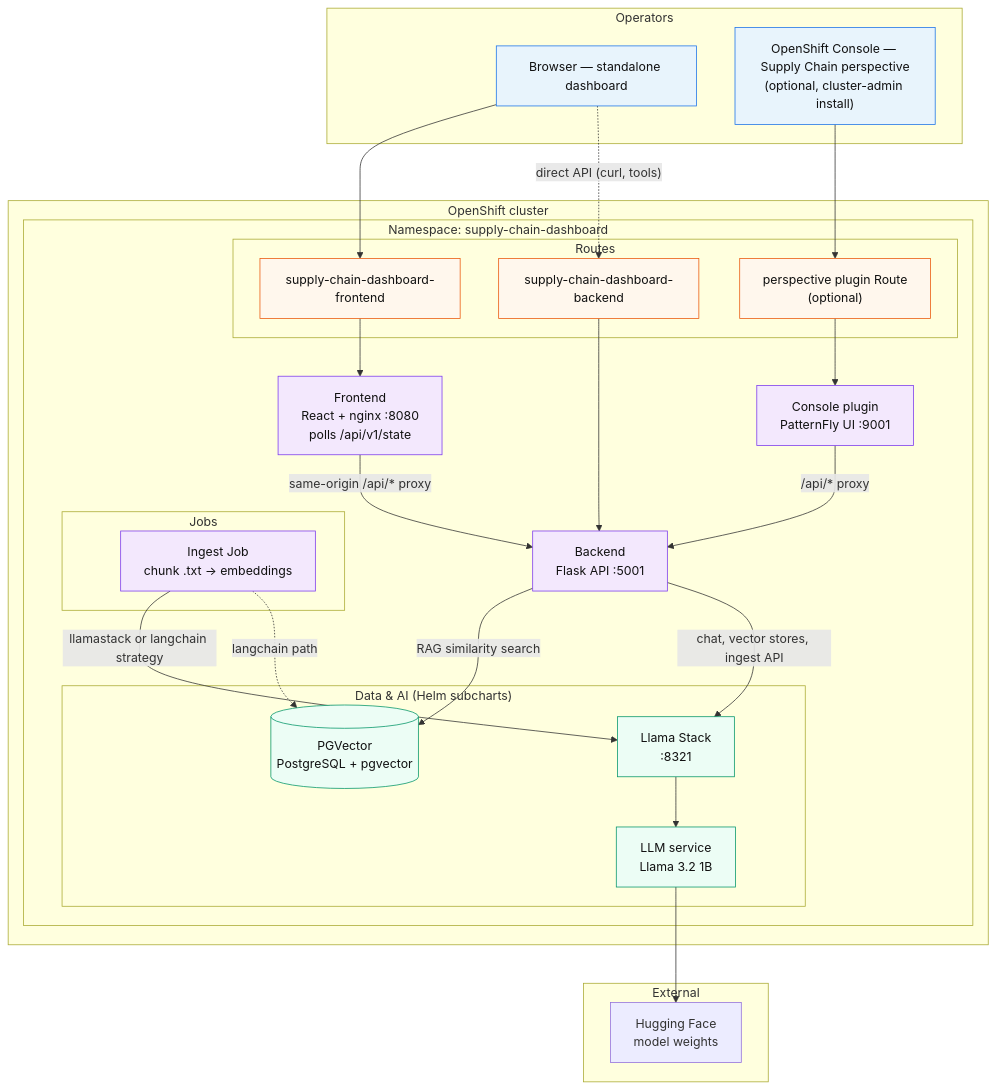
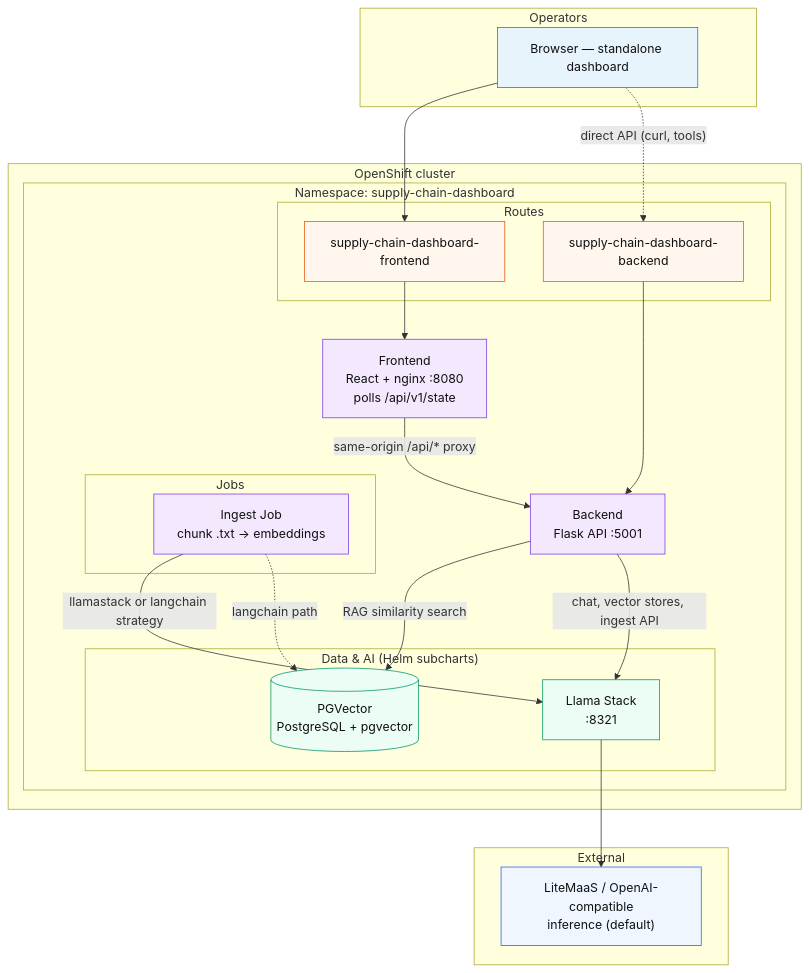
One commit to mhdawson/ai-supply-chain-agent changed the first of 2 diagrams in README.md. Above: the diagram before and after it, drawn with Mermaid. The commit also changed other lines of this file and 328 other files, not shown here.

````diff
--- a/README.md
+++ b/README.md
@@ -34,59 +32,54 @@
 ```mermaid
 flowchart TB
   subgraph users["Operators"]
     U1["Browser — standalone dashboard"]
-    U2["OpenShift Console — Supply Chain perspective<br/>(optional, cluster-admin install)"]
   end
 
   subgraph ocp["OpenShift cluster"]
     subgraph ns["Namespace: supply-chain-dashboard"]
       subgraph routes["Routes"]
         R_FE["supply-chain-dashboard-frontend"]
         R_BE["supply-chain-dashboard-backend"]
-        R_PLUG["perspective plugin Route<br/>(optional)"]
       end
 
       FE["Frontend<br/>React + nginx :8080<br/>polls /api/v1/state"]
-      PLUG["Console plugin<br/>PatternFly UI :9001"]
       BE["Backend<br/>Flask API :5001"]
 
       subgraph jobs["Jobs"]
         ING["Ingest Job<br/>chunk .txt → embeddings"]
       end
 
       subgraph data["Data & AI (Helm subcharts)"]
         PG[("PGVector<br/>PostgreSQL + pgvector")]
         LS["Llama Stack<br/>:8321"]
-        LLM["LLM service<br/>Llama 3.2 1B"]
       end
     end
   end
 
   subgraph external["External"]
-    HF["Hugging Face<br/>model weights"]
+    MAAS["LiteMaaS / OpenAI-compatible<br/>inference (default)"]
   end
 
   U1 --> R_FE --> FE
-  U2 --> R_PLUG --> PLUG
   FE -->|"same-origin /api/* proxy"| BE
-  PLUG -->|"/api/* proxy"| BE
   U1 -.->|"direct API (curl, tools)"| R_BE
   R_BE --> BE
 
   BE -->|"RAG similarity search"| PG
   BE -->|"chat, vector stores, ingest API"| LS
-  LS --> LLM
-  LLM --> HF
+  LS --> MAAS
 
   ING -->|"llamastack or langchain strategy"| LS
   ING -.->|"langchain path"| PG
 
   classDef user fill:#e8f4fc,stroke:#1a73e8,color:#111
   classDef app fill:#f3e8fd,stroke:#7c3aed,color:#111
   classDef data fill:#ecfdf5,stroke:#059669,color:#111
   classDef route fill:#fff7ed,stroke:#ea580c,color:#111
-  class U1,U2 user
-  class FE,PLUG,BE,ING app
-  class PG,LS,LLM data
-  class R_FE,R_BE,R_PLUG route
+  classDef ext fill:#eff6ff,stroke:#2563eb,color:#111
+  class U1 user
+  class FE,BE,ING app
+  class PG,LS data
+  class R_FE,R_BE route
+  class MAAS ext
 ```
````
